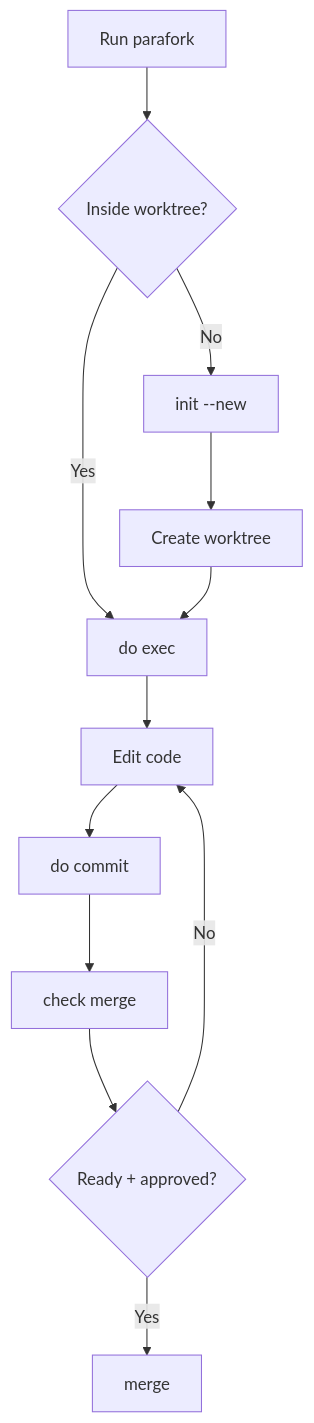
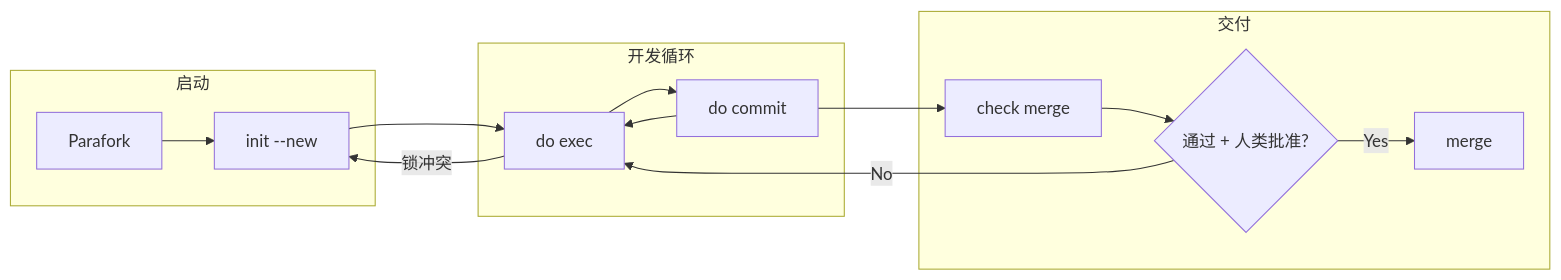
Before and after one commit to myteapot/parafork: the diagram in README.md, drawn with Mermaid. The commit also changed other lines of this file, not shown here.

````diff
--- a/README.md
+++ b/README.md
@@ -8,17 +11,22 @@
 ```mermaid
-flowchart TD
-    A[Run parafork] --> B{Inside worktree?}
-    B -->|No| C[init --new]
-    B -->|Yes| D[do exec]
+flowchart LR
+    subgraph S1[启动]
+        A[Parafork] --> B[init --new]
+    end
 
-    C --> E[Create worktree]
-    E --> D
+    subgraph S2[开发循环]
+        C[do exec] --> D[do commit]
+        D --> C
+    end
 
-    D --> F[Edit code]
-    F --> G[do commit]
-    G --> H[check merge]
-    H --> I{Ready + approved?}
-    I -->|Yes| J[merge]
-    I -->|No| F
+    subgraph S3[交付]
+        E[check merge] --> F{通过 + 人类批准?}
+        F -->|Yes| G[merge]
+    end
+
+    B --> C
+    D --> E
+    F -->|No| C
+    C -->|锁冲突| B
 
 ```
````
